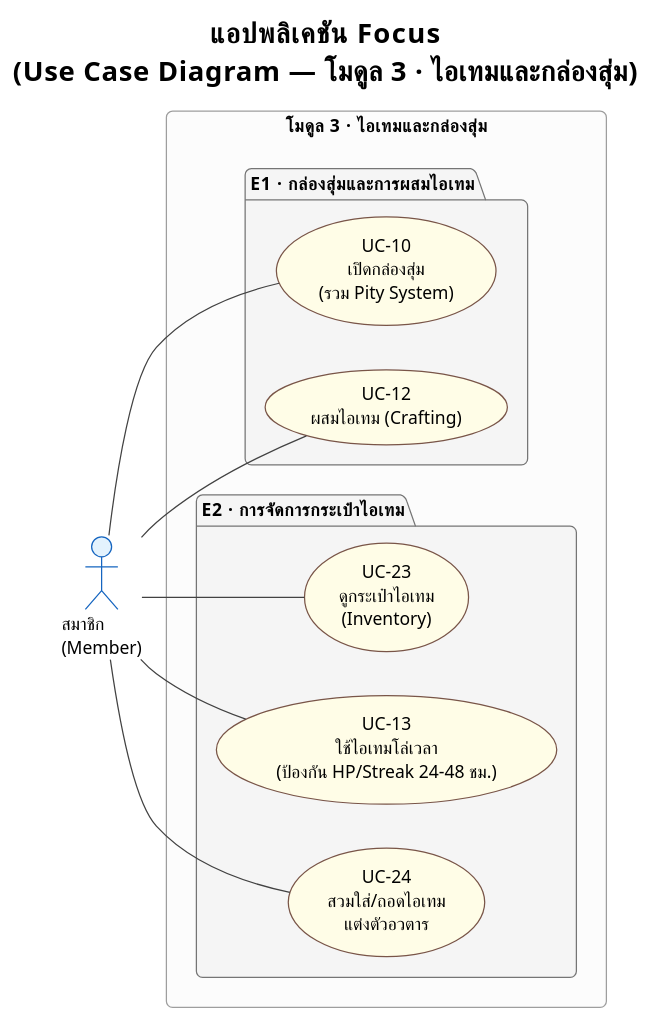
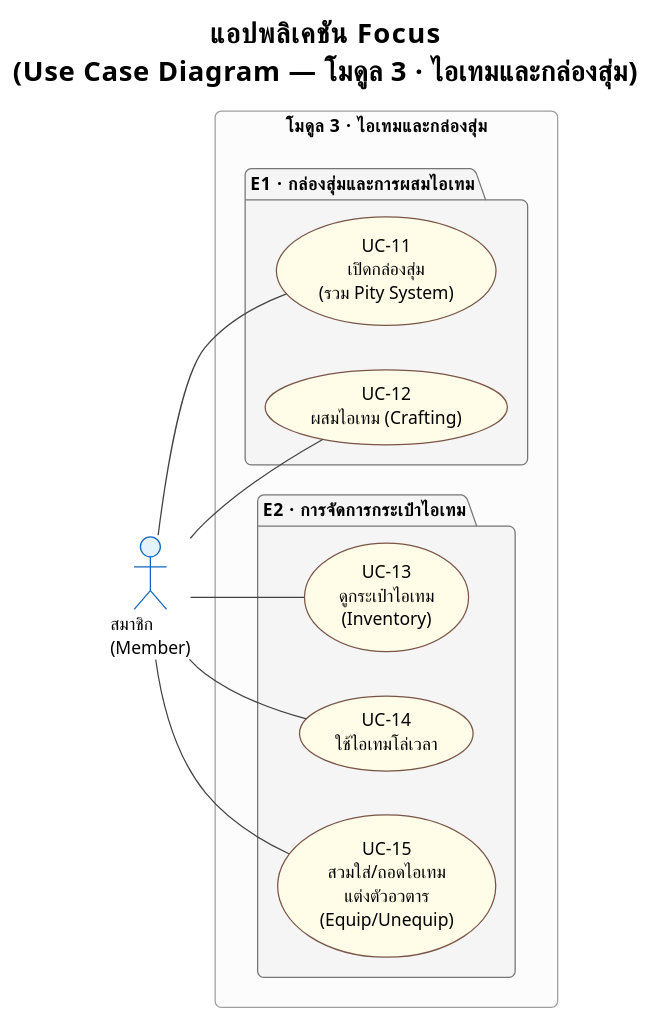
One commit to popotaroman-cloud/dssiprj-pad changed the diagram in proposal/usecase/usecase_module3.puml. Above: the diagram before and after it, drawn with PlantUML. The commit also changed other lines of this file and 55 other files, not shown here.

```diff
--- a/proposal/usecase/usecase_module3.puml
+++ b/proposal/usecase/usecase_module3.puml
@@ -5,55 +4,57 @@
 @startuml usecase_module3
 !theme plain
 skinparam defaultFontName TH Sarabun New
 skinparam defaultFontSize 14
 skinparam roundcorner 10
 
 skinparam usecase {
   BackgroundColor #FFFDE7
   BorderColor #795548
 }
 skinparam actor {
   BackgroundColor #E3F2FD
   BorderColor #1565C0
 }
 skinparam package {
   BackgroundColor #F5F5F5
   BorderColor #757575
   FontStyle bold
 }
 skinparam rectangle {
   BackgroundColor #FCFCFC
   BorderColor #9E9E9E
 }
 skinparam ArrowColor #424242
 
 title <b>แอปพลิเคชัน Focus</b>\n(Use Case Diagram — โมดูล 3 · ไอเทมและกล่องสุ่ม)
 
 left to right direction
 
 actor "สมาชิก\n(Member)" as Member
 
 rectangle "โมดูล 3 · ไอเทมและกล่องสุ่ม" {
   package "E1 · กล่องสุ่มและการผสมไอเทม" {
-    usecase "UC-10\nเปิดกล่องสุ่ม\n(รวม Pity System)" as UC10
+    usecase "UC-11\nเปิดกล่องสุ่ม\n(รวม Pity System)" as UC11
     usecase "UC-12\nผสมไอเทม (Crafting)" as UC12
   }
 
   package "E2 · การจัดการกระเป๋าไอเทม" {
-    usecase "UC-23\nดูกระเป๋าไอเทม\n(Inventory)" as UC23
-    usecase "UC-13\nใช้ไอเทมโล่เวลา\n(ป้องกัน HP/Streak 24-48 ชม.)" as UC13
-    usecase "UC-24\nสวมใส่/ถอดไอเทม\nแต่งตัวอวตาร" as UC24
+    usecase "UC-13\nดูกระเป๋าไอเทม\n(Inventory)" as UC13
+    usecase "UC-14\nใช้ไอเทมโล่เวลา" as UC14
+    usecase "UC-15\nสวมใส่/ถอดไอเทม\nแต่งตัวอวตาร\n(Equip/Unequip)" as UC15
   }
 }
 
-Member -- UC10
+Member -- UC11
 Member -- UC12
-Member -- UC23
 Member -- UC13
-Member -- UC24
+Member -- UC14
+Member -- UC15
 
-' หมายเหตุ: UC-10/UC-12/UC-13/UC-24 อ้างอิง UC-23 เป็นแหล่งข้อมูลไอเทมร่วม (pre-condition)
-' ไม่ใช่ความสัมพันธ์ <<include>>/<<extend>> เชิง flow ตามที่ระบุใน usecase_description.md
-' จึงไม่วาดเส้นความสัมพันธ์ระหว่าง use case เหล่านี้กับ UC-23
+' หมายเหตุ: UC-11/UC-12/UC-14/UC-15 อ้างอิง UC-13 เป็นแหล่งข้อมูลไอเทมร่วม (pre-condition)
+' UC-13 เป็นจุดเริ่มต้นเดียวที่เปิดกล่องสุ่มได้ (UC-11 ต้องเข้าจากหน้านี้เท่านั้น)
+' ทั้งหมดไม่ใช่ความสัมพันธ์ <<include>>/<<extend>> เชิง flow ตามที่ระบุใน usecase_description.md
+' จึงไม่วาดเส้นความสัมพันธ์ระหว่าง use case เหล่านี้กับ UC-13
+' UC-15 ยังถูกอ้างอิงจาก UC-23 (โมดูล 5) เชิงข้อมูลเท่านั้น เช่นกัน
 
 @enduml
```
